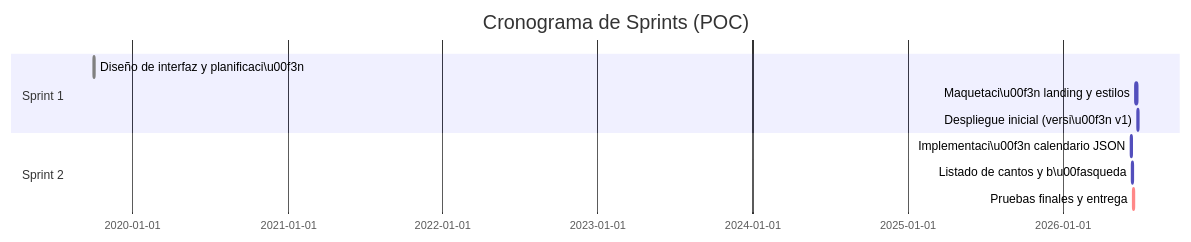
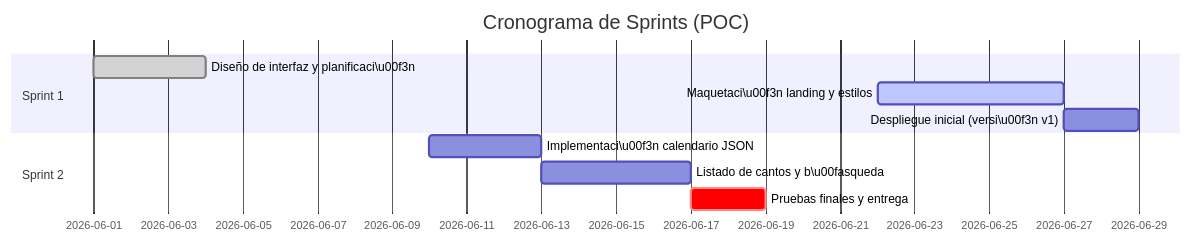
One commit to SpecialSKG/ministerio-renacer changed the second of 2 diagrams in docs/03-resumen-ejecutivo.md. Above: the diagram before and after it, drawn with Mermaid. The commit also changed 5 other files, not shown here.

````diff
--- a/docs/03-resumen-ejecutivo.md
+++ b/docs/03-resumen-ejecutivo.md
@@ -125,13 +125,13 @@
 ```mermaid
 gantt
     title Cronograma de Sprints (POC) 
     dateFormat  YYYY-MM-DD
     section Sprint 1
-    Diseño de interfaz y planificaci\u00f3n :done, 2019-10-01, 3d
+    Diseño de interfaz y planificaci\u00f3n :done, 2026-06-01, 3d
     Maquetaci\u00f3n landing y estilos      :active, dev1, after des, 5d
     Despliegue inicial (versi\u00f3n v1) :test, after dev1, 2d
     section Sprint 2
     Implementaci\u00f3n calendario JSON : des2, 2026-06-10, 3d
     Listado de cantos y b\u00fasqueda     : dev2, after des2, 4d
     Pruebas finales y entrega         : crit, after dev2, 2d
 ```
````
